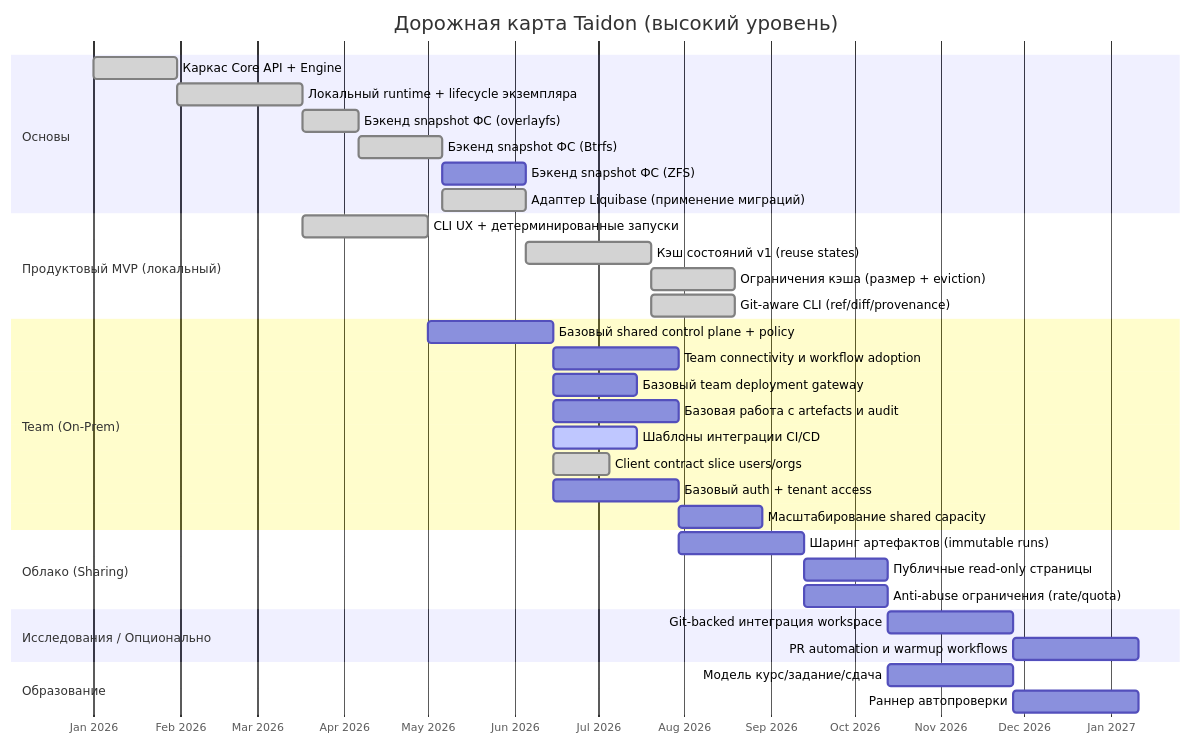
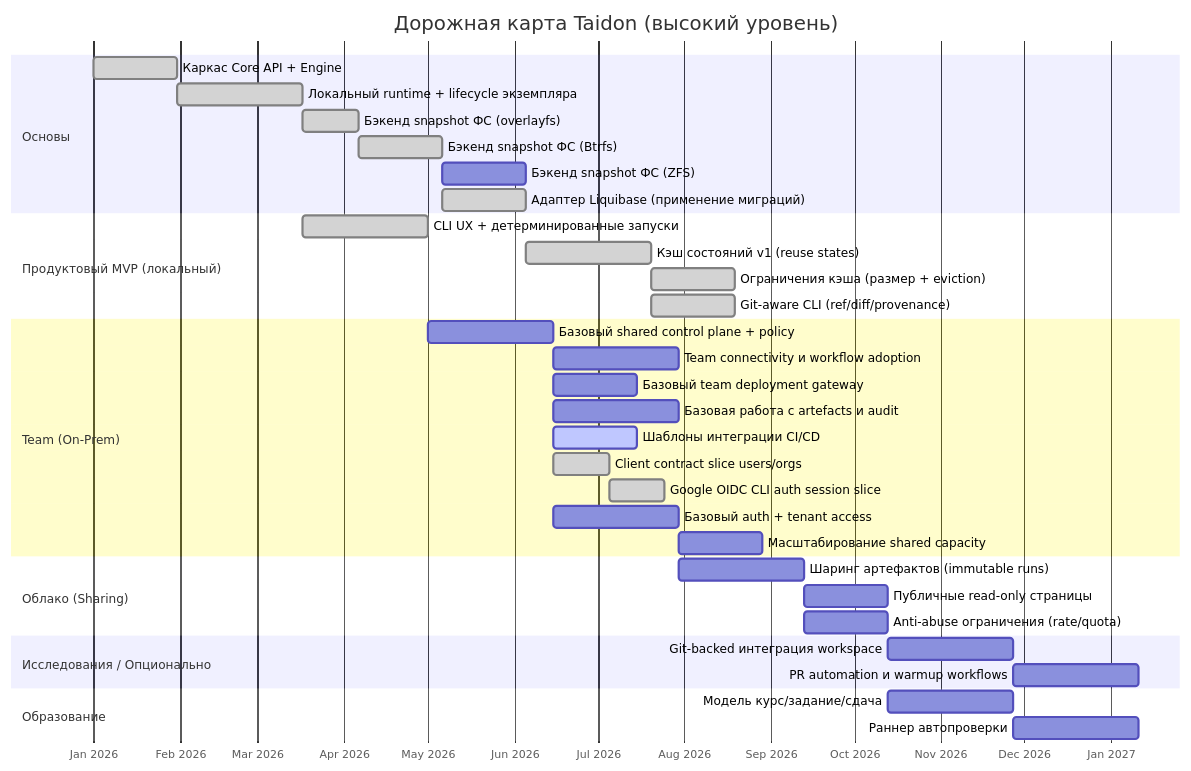
The diagram in docs/roadmap.RU.md (kimak-irmagi/taidon), drawn with Mermaid before and after one commit. The commit also changed other lines of this file and 52 other files, not shown here.

First line of the commit message:
feat(cli): add Google OIDC auth session flow

````diff
--- a/docs/roadmap.RU.md
+++ b/docs/roadmap.RU.md
@@ -28,43 +28,44 @@
 ```mermaid
 gantt
     title Дорожная карта Taidon (высокий уровень)
     dateFormat  YYYY-MM-DD
     axisFormat  %b %Y
 
     section Основы
     Каркас Core API + Engine                  :done, a1, 2026-01-01, 30d
     Локальный runtime + lifecycle экземпляра   :done, a2, after a1, 45d
     Бэкенд snapshot ФС (overlayfs)            :done, a2fs, after a2, 20d
     Бэкенд snapshot ФС (Btrfs)                :done, a2b, after a2fs, 30d
     Бэкенд snapshot ФС (ZFS)                  :a2z, after a2b, 30d
     Адаптер Liquibase (применение миграций)   :done, a3, after a2b, 30d
 
     section Продуктовый MVP (локальный)
     CLI UX + детерминированные запуски        :done, b2, after a2, 45d
     Кэш состояний v1 (reuse states)           :done, b3, after a3, 45d
     Ограничения кэша (размер + eviction)      :done, b3g, after b3, 30d
     Git-aware CLI (ref/diff/provenance)       :done, b4, after b3, 30d
 
     section Team (On-Prem)
     Базовый shared control plane + policy      :c1, after b2, 45d
     Team connectivity и workflow adoption      :c0, after c1, 45d
     Базовый team deployment gateway            :c6, after c1, 30d
     Базовая работа с artefacts и audit         :c2, after c1, 45d
     Шаблоны интеграции CI/CD                  :active, c3, after c1, 30d
     Client contract slice users/orgs           :done, c4a, after c1, 20d
+    Google OIDC CLI auth session slice         :done, c4b, after c4a, 20d
     Базовый auth + tenant access               :c4, after c1, 45d
     Масштабирование shared capacity            :c5, after c2, 30d
 
     section Облако (Sharing)
     Шаринг артефактов (immutable runs)        :d1, after c2, 45d
     Публичные read-only страницы              :d2, after d1, 30d
     Anti-abuse ограничения (rate/quota)       :d3, after d1, 30d
 
     section Исследования / Опционально
     Git-backed интеграция workspace            :o1, after d2, 45d
     PR automation и warmup workflows           :o2, after o1, 45d
 
     section Образование
     Модель курс/задание/сдача                 :e1, after d2, 45d
     Раннер автопроверки                       :e2, after e1, 45d
 ```
````
